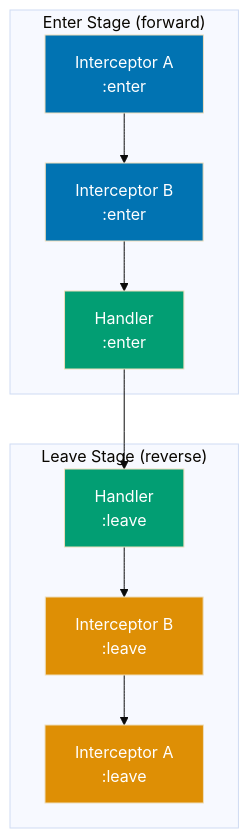
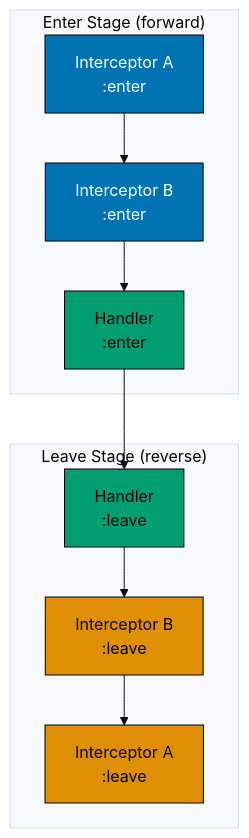
Before and after one commit to wahidyankf/ose-public: the second of 2 diagrams in apps/ayokoding-www/content/en/learn/legacy/software-engineering/platforms/web/tools/clojure-pedestal/by-example/beginner.md, drawn with Mermaid (base theme). The commit also changed other lines of this file and 130 other files, not shown here.

First line of the commit message:
fix(mermaid): bring the legacy platforms diagrams onto the accessible palette

````diff
--- a/apps/ayokoding-www/content/en/learn/legacy/software-engineering/platforms/web/tools/clojure-pedestal/by-example/beginner.md
+++ b/apps/ayokoding-www/content/en/learn/legacy/software-engineering/platforms/web/tools/clojure-pedestal/by-example/beginner.md
@@ -364,17 +372,23 @@
 ```mermaid
 graph TD
+  accTitle: Example 8: Interceptor Anatomy
+  accDescr: Graph with 6 nodes and 5 connections. Nodes: Interceptor A :enter, Interceptor B :enter, Handler :enter, Handler :leave, Interceptor B :leave, Interceptor A :leave. Connections: Interceptor A :enter to Interceptor B :enter, Interceptor B :enter to Handler :enter, Handler :leave to Interceptor B :leave, Interceptor B :leave to Interceptor A :leave, Handler :enter to Handler :leave.
   subgraph "Enter Stage (forward)"
     A["Interceptor A<br/>:enter"] --> B["Interceptor B<br/>:enter"] --> C["Handler<br/>:enter"]
   end
   subgraph "Leave Stage (reverse)"
     C2["Handler<br/>:leave"] --> B2["Interceptor B<br/>:leave"] --> A2["Interceptor A<br/>:leave"]
   end
   C --> C2
 
-  style A fill:#0173B2,color:#fff
-  style B fill:#0173B2,color:#fff
-  style C fill:#029E73,color:#fff
-  style C2 fill:#029E73,color:#fff
-  style B2 fill:#DE8F05,color:#fff
-  style A2 fill:#DE8F05,color:#fff
+  classDef pal-0173B2 fill:#0173B2,stroke:#000000,color:#FFFFFF
+  class A pal-0173B2
+  class B pal-0173B2
+  classDef pal-029E73 fill:#029E73,stroke:#000000,color:#000000
+  class C pal-029E73
+  class C2 pal-029E73
+  classDef pal-DE8F05 fill:#DE8F05,stroke:#000000,color:#000000
+  class B2 pal-DE8F05
+  class A2 pal-DE8F05
+  classDef default fill:#FFFFFF,stroke:#000000,color:#000000
 ```
````
